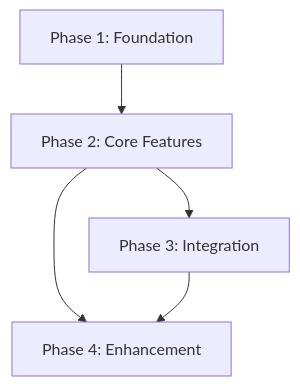
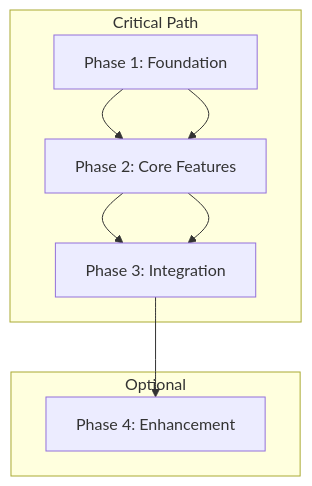
Before and after one commit to alto9/cursor-context-engineering: the diagram in .cursor/context-engineering/brainstorming/Phases.md, drawn with Mermaid. The commit also changed other lines of this file and 5 other files, not shown here.

````diff
--- a/.cursor/context-engineering/brainstorming/Phases.md
+++ b/.cursor/context-engineering/brainstorming/Phases.md
@@ -7,7 +54,14 @@
 ```mermaid
 graph TD
     P1[Phase 1: Foundation] --> P2[Phase 2: Core Features]
     P2 --> P3[Phase 3: Integration]
-    P2 --> P4[Phase 4: Enhancement]
-    P3 --> P4
+    P3 --> P4[Phase 4: Enhancement]
+    
+    subgraph "Critical Path"
+    P1 --> P2 --> P3
+    end
+    
+    subgraph "Optional"
+    P4
+    end
 ```
````
